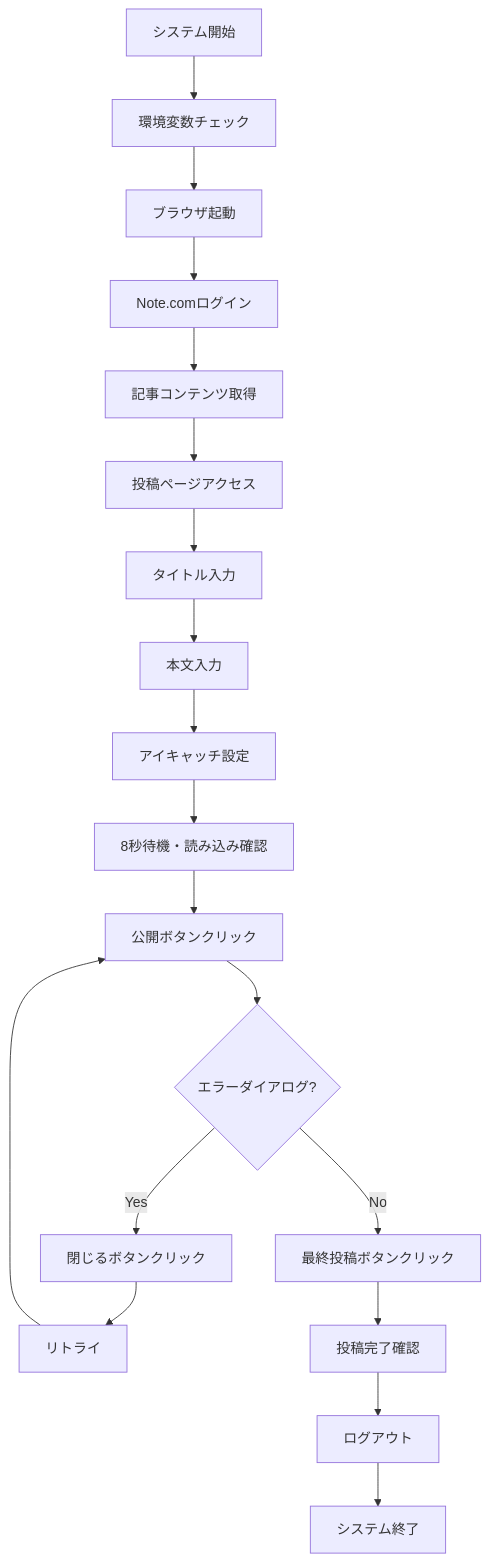
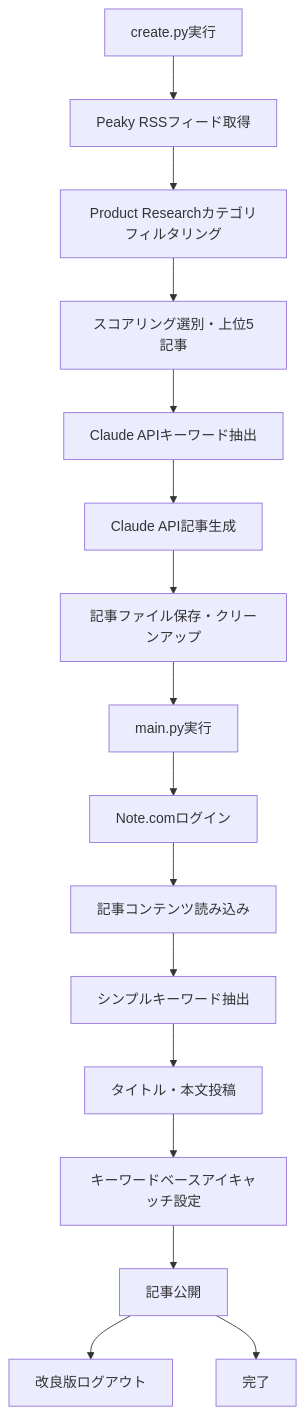
The diagram in README.md (masvc/note_ai), drawn with Mermaid before and after one commit. The commit also changed other lines of this file and 5 other files, not shown here.

````diff
--- a/README.md
+++ b/README.md
@@ -99,20 +86,18 @@
 ```mermaid
 graph TD
-    A[システム開始] --> B[環境変数チェック]
-    B --> C[ブラウザ起動]
-    C --> D[Note.comログイン]
-    D --> E[記事コンテンツ取得]
-    E --> F[投稿ページアクセス]
-    F --> G[タイトル入力]
-    G --> H[本文入力]
-    H --> I[アイキャッチ設定]
-    I --> J[8秒待機・読み込み確認]
-    J --> K[公開ボタンクリック]
-    K --> L{エラーダイアログ?}
-    L -->|Yes| M[閉じるボタンクリック] --> N[リトライ]
-    L -->|No| O[最終投稿ボタンクリック]
-    N --> K
-    O --> P[投稿完了確認]
-    P --> Q[ログアウト]
-    Q --> R[システム終了]
+    A[create.py実行] --> B[Peaky RSSフィード取得]
+    B --> C[Product Researchカテゴリフィルタリング]
+    C --> D[スコアリング選別・上位5記事]
+    D --> E[Claude APIキーワード抽出]
+    E --> F[Claude API記事生成]
+    F --> G[記事ファイル保存・クリーンアップ]
+    G --> H[main.py実行]
+    H --> I[Note.comログイン]
+    I --> J[記事コンテンツ読み込み]
+    J --> K[シンプルキーワード抽出]
+    K --> L[タイトル・本文投稿]
+    L --> M[キーワードベースアイキャッチ設定]
+    M --> N[記事公開]
+    N --> O[改良版ログアウト]
+    N --> P[完了]
 ```
````
